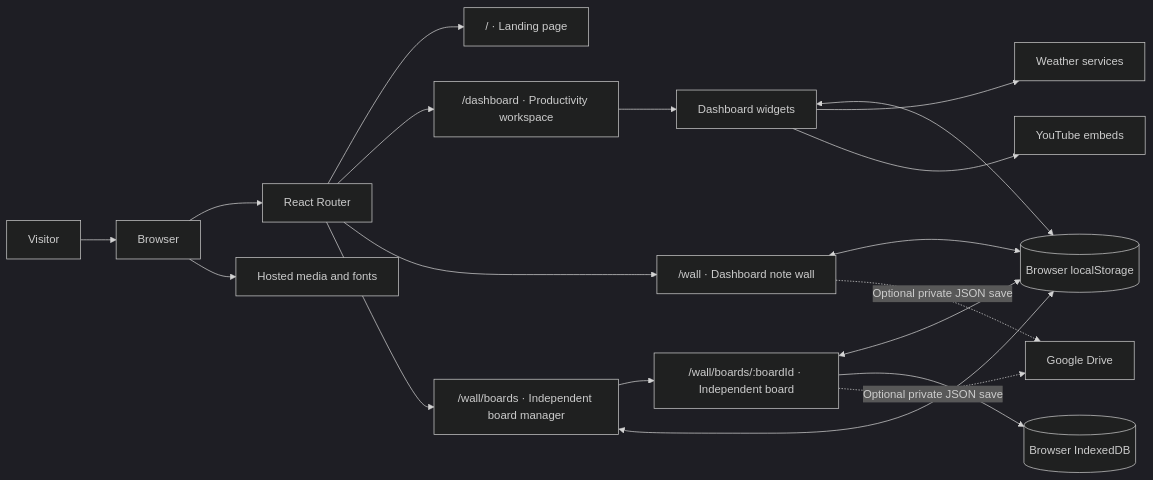
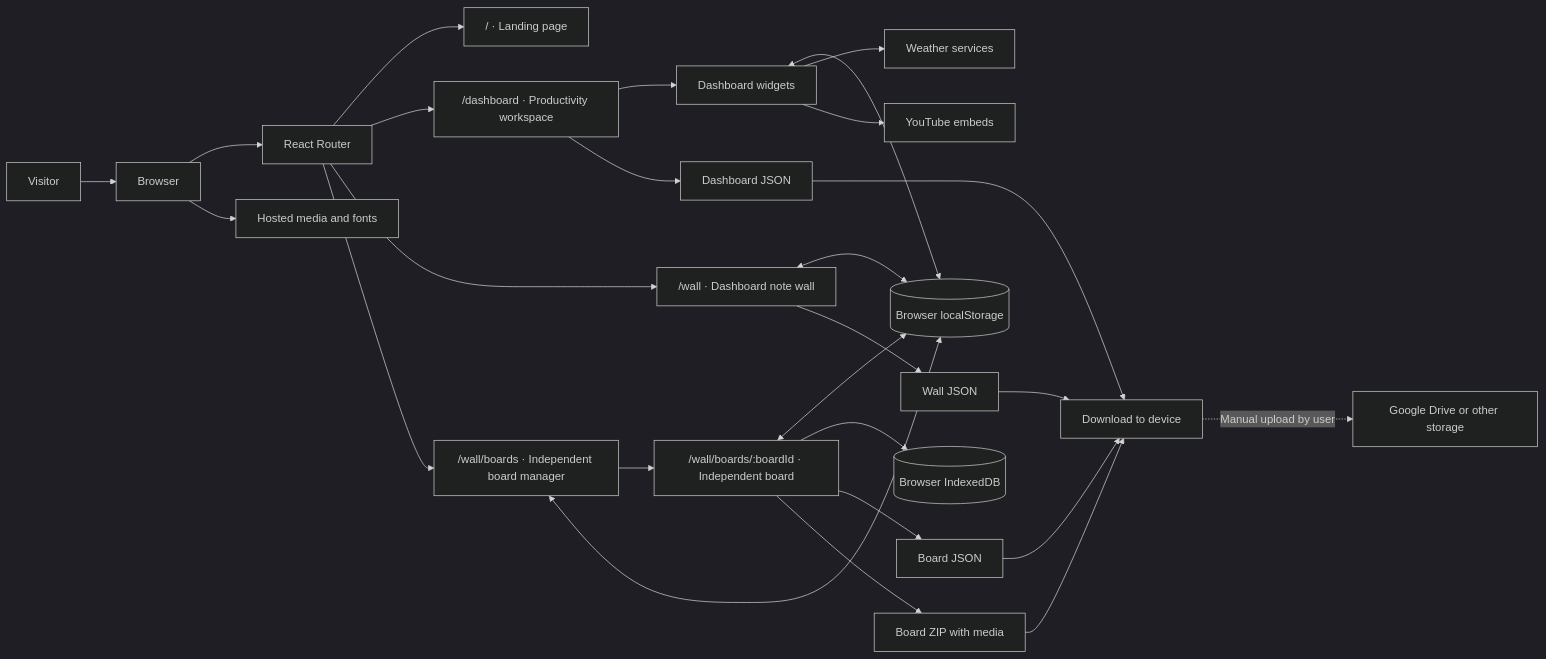
One commit to Ryson-Theo/Kazedesk changed the first of 4 diagrams in ARCHITECTURE.md. Above: the diagram before and after it, drawn with Mermaid (dark theme). The commit also changed other lines of this file and 30 other files, not shown here.

Commit message:
Add dashboard and board backup flows

````diff
--- a/ARCHITECTURE.md
+++ b/ARCHITECTURE.md
@@ -9,21 +9,28 @@
 ```mermaid
 flowchart LR
     Visitor --> Browser
     Browser --> Router[React Router]
     Router --> Landing["/ · Landing page"]
     Router --> Dashboard["/dashboard · Productivity workspace"]
     Router --> Wall["/wall · Dashboard note wall"]
     Router --> Boards["/wall/boards · Independent board manager"]
     Boards --> Board["/wall/boards/:boardId · Independent board"]
     Dashboard --> Widgets[Dashboard widgets]
     Widgets <--> Storage[(Browser localStorage)]
     Wall <--> Storage
     Boards <--> Storage
     Board <--> Storage
     Board --> Attachments[(Browser IndexedDB)]
     Widgets --> Weather[Weather services]
     Widgets --> YouTube[YouTube embeds]
-    Wall -. Optional private JSON save .-> Drive[Google Drive]
-    Board -. Optional private JSON save .-> Drive
+    Wall --> WallJSON[Wall JSON]
+    Board --> BoardJSON[Board JSON]
+    Board --> BoardZIP[Board ZIP with media]
+    Dashboard --> DashboardJSON[Dashboard JSON]
+    WallJSON --> Download[Download to device]
+    BoardJSON --> Download
+    BoardZIP --> Download
+    DashboardJSON --> Download
+    Download -. Manual upload by user .-> Drive[Google Drive or other storage]
     Browser --> HostedMedia[Hosted media and fonts]
 ```
````
